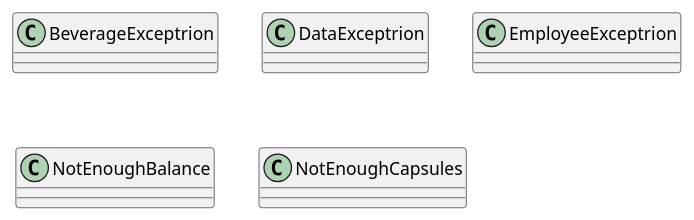
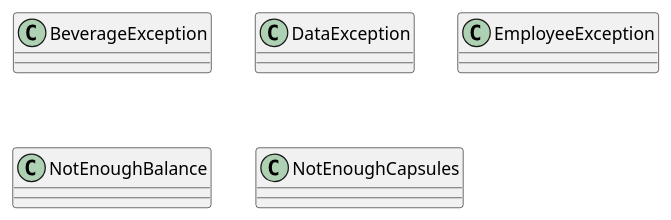
Before and after one commit to salvatore-dimartino/LaTazza: the fourth of 7 diagrams in templates/DesignDocumentTemplate.md, drawn with PlantUML.

````diff
--- a/templates/DesignDocumentTemplate.md
+++ b/templates/DesignDocumentTemplate.md
@@ -264,20 +264,20 @@
 ```plantuml
 @startuml
 allowmixing
-class BeverageExceptrion {
+class BeverageException {
 }
 
-class DataExceptrion {
+class DataException {
 }
 
-class EmployeeExceptrion {
+class EmployeeException {
 }
 
 class NotEnoughBalance {
 }
 
 class NotEnoughCapsules {
 }
 
 @enduml
 ```
````
